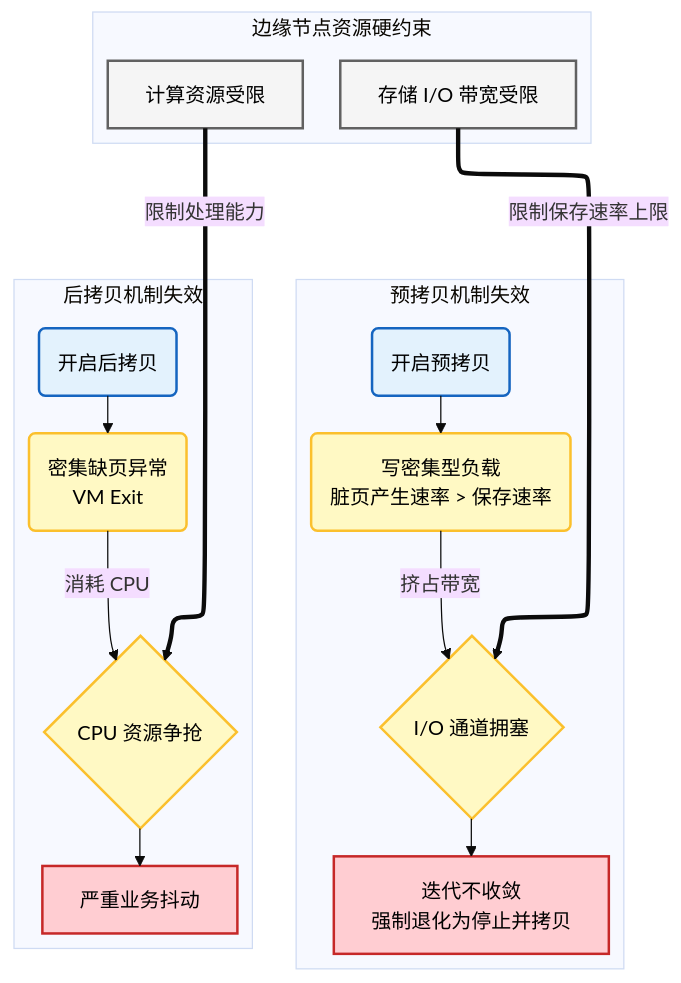
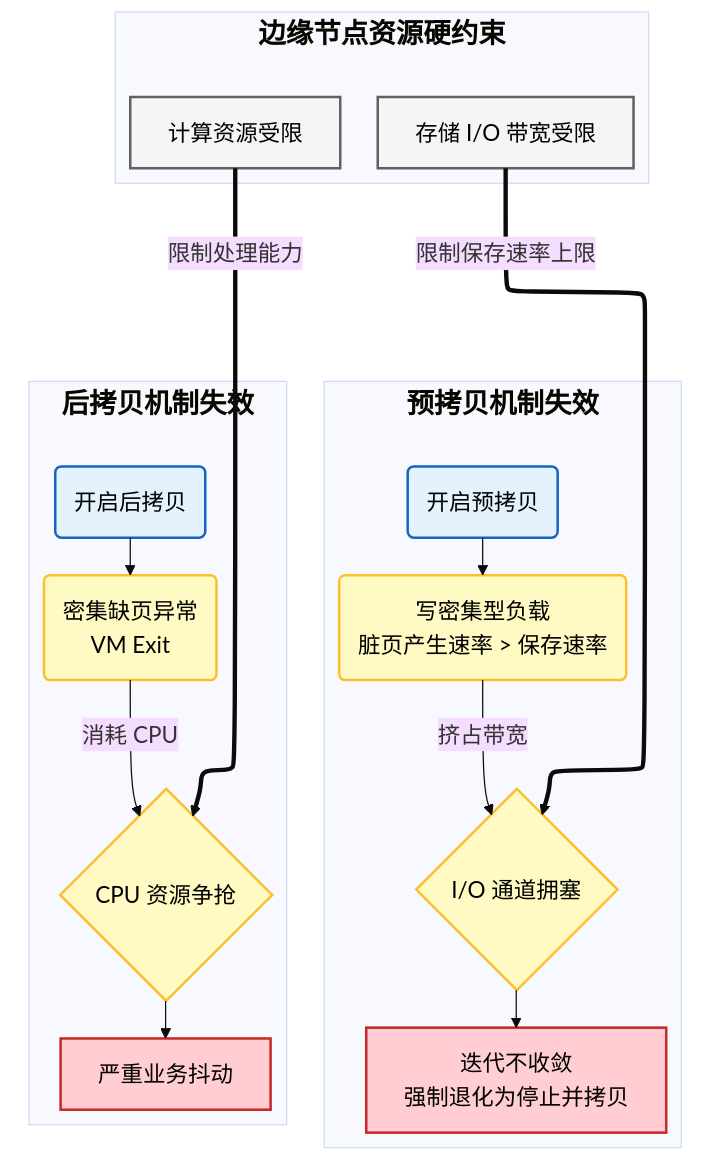
One commit to Soul-of-Sky/lunwen changed the diagram in figures/conflict.mmd. Above: the diagram before and after it, drawn with Mermaid. The commit also changed 40 other files, not shown here.

```diff
--- a/figures/conflict.mmd
+++ b/figures/conflict.mmd
@@ -1,50 +1,54 @@
 %%{init: { "theme": "base", "flowchart": { "defaultRenderer": "elk" } } }%%
 graph TB
     %% --- 样式定义 ---
-    classDef constraint fill:#f5f5f5,stroke:#616161,stroke-width:2px,color:#000;
-    classDef mech fill:#e3f2fd,stroke:#1565c0,stroke-width:2px,color:#000;
-    classDef conflict fill:#fff9c4,stroke:#fbc02d,stroke-width:2px,color:#000;
-    classDef fail fill:#ffcdd2,stroke:#c62828,stroke-width:2px,color:#000;
+    classDef constraint fill:#f5f5f5,stroke:#616161,stroke-width:2px,color:#000,font-size:18px;
+    classDef mech fill:#e3f2fd,stroke:#1565c0,stroke-width:2px,color:#000,font-size:18px;
+    classDef conflict fill:#fff9c4,stroke:#fbc02d,stroke-width:2px,color:#000,font-size:18px;
+    classDef fail fill:#ffcdd2,stroke:#c62828,stroke-width:2px,color:#000,font-size:18px;
 
-    %% --- 顶部：边缘环境硬约束 ---
-    subgraph Edge_Env [边缘节点资源硬约束]
+    %% --- 顶部：改为垂直排列以收缩宽度 ---
+    subgraph Edge_Env ["<div style='margin-bottom:20px; font-size:22px; font-weight:bold;'>边缘节点资源硬约束</div>"]
         direction TB
+        Constraint_CPU[计算资源受限 ]:::constraint
         Constraint_IO[存储 I/O 带宽受限 ]:::constraint
-        Constraint_CPU[计算资源受限 ]:::constraint
     end
 
-    %% --- 左侧：预拷贝失效路径 ---
-    subgraph PreCopy_Path [预拷贝机制失效]
-        direction TB
-        Pre_Start(开启预拷贝):::mech
-        Write_Load(写密集型负载 <br> 脏页产生速率 > 保存速率):::conflict
-        
-        Congestion{I/O 通道拥塞}:::conflict
-        Non_Converge[迭代不收敛 <br> 强制退化为停止并拷贝]:::fail
-        
-        Pre_Start --> Write_Load
-        Write_Load -- 挤占带宽 --> Congestion
-        Congestion --> Non_Converge
+    %% --- 下方区域：强制左右并排 ---
+    subgraph Bottom_Area ["&nbsp;"]
+        direction LR
+
+        %% --- 左侧：预拷贝失效路径 ---
+        subgraph PreCopy_Path ["<div style='margin-bottom:20px; font-size:22px; font-weight:bold;'>预拷贝机制失效</div>"]
+            direction TB
+            Pre_Start(开启预拷贝):::mech
+            Write_Load(写密集型负载 <br> 脏页产生速率 > 保存速率):::conflict
+            
+            Congestion{I/O 通道拥塞}:::conflict
+            Non_Converge[迭代不收敛 <br> 强制退化为停止并拷贝]:::fail
+            
+            Pre_Start --> Write_Load
+            Write_Load -- "<span style='font-size:18px;'>挤占带宽</span>" --> Congestion
+            Congestion --> Non_Converge
+        end
+
+        %% --- 右侧：后拷贝失效路径 ---
+        subgraph PostCopy_Path ["<div style='margin-bottom:20px; font-size:22px; font-weight:bold;'>后拷贝机制失效</div>"]
+            direction TB
+            Post_Start(开启后拷贝):::mech
+            Page_Faults(密集缺页异常 <br> VM Exit):::conflict
+            
+            Contention{CPU 资源争抢 }:::conflict
+            Jitter[严重业务抖动 <br> ]:::fail
+
+            Post_Start --> Page_Faults
+            Page_Faults -- "<span style='font-size:18px;'>消耗 CPU</span>" --> Contention
+            Contention --> Jitter
+        end
     end
 
-    %% --- 右侧：后拷贝失效路径 ---
-    subgraph PostCopy_Path [后拷贝机制失效]
-        direction TB
-        Post_Start(开启后拷贝):::mech
-        Page_Faults(密集缺页异常 <br> VM Exit):::conflict
-        
-        Contention{CPU 资源争抢 }:::conflict
-        Jitter[严重业务抖动 <br> ]:::fail
+    %% --- 跨层级连接 ---
+    Constraint_IO ==>|"<span style='font-size:18px;'>限制保存速率上限</span>"| Congestion
+    Constraint_CPU ==>|"<span style='font-size:18px;'>限制处理能力</span>"| Contention
 
-        Post_Start --> Page_Faults
-        Page_Faults -- 消耗 CPU --> Contention
-        Contention --> Jitter
-    end
-
-    %% --- 跨层级连接：展示资源瓶颈 ---
-    Constraint_IO ==>|限制保存速率上限| Congestion
-    Constraint_CPU ==>|限制处理能力| Contention
-
-    %% --- 视觉布局调整 ---
-    %% 确保左右分开
-    %% PreCopy_Path ~~~ PostCopy_Path
+    %% 样式隐藏
+    style Bottom_Area fill:none,stroke:none
```
